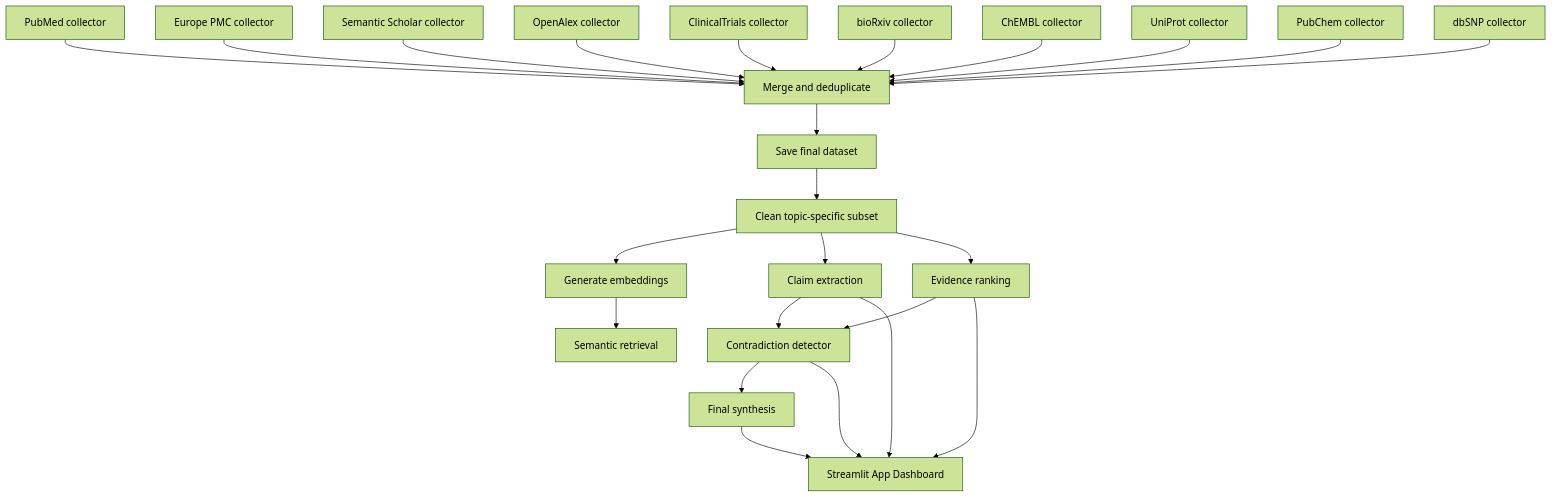
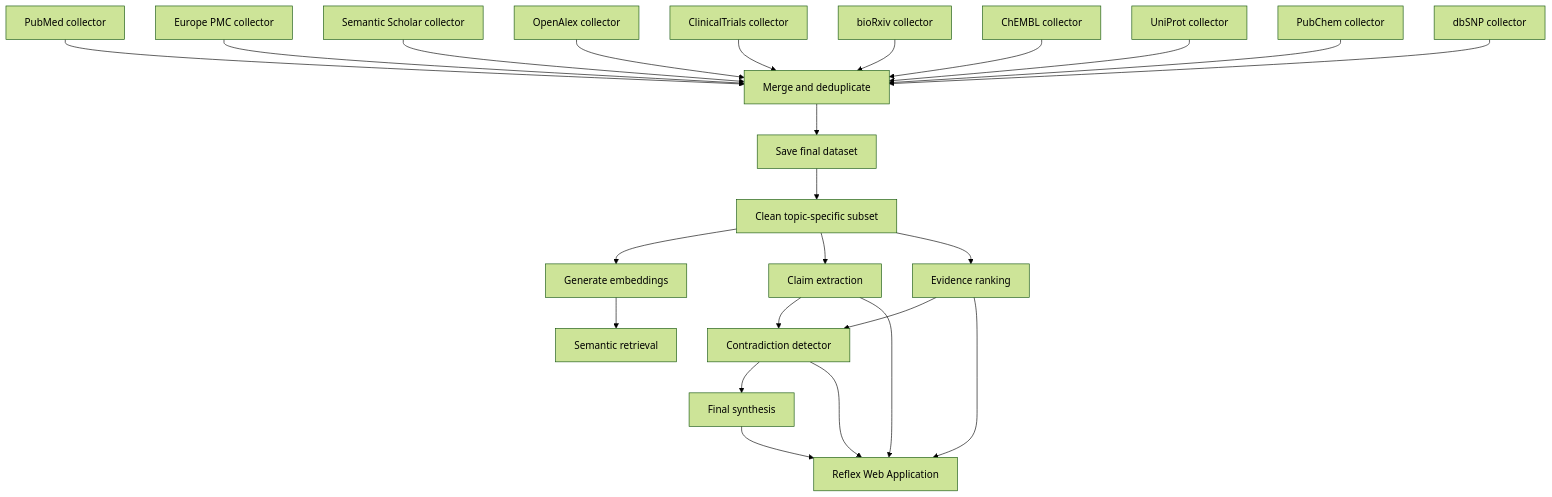
The diagram in README.md (Diva143V/Griffin), drawn with Mermaid (forest theme) before and after one commit. The commit also changed other lines of this file and 22 other files, not shown here.

Commit message:
feat: implement evidence ranking pipeline and add Reflex-based web interface for workspace and project management

````diff
--- a/README.md
+++ b/README.md
@@ -9,26 +9,26 @@
 ```mermaid
 flowchart TD
     A[PubMed collector] --> K[Merge and deduplicate]
     B[Europe PMC collector] --> K
     C[Semantic Scholar collector] --> K
     D[OpenAlex collector] --> K
     E[ClinicalTrials collector] --> K
     F[bioRxiv collector] --> K
     G[ChEMBL collector] --> K
     H[UniProt collector] --> K
     I[PubChem collector] --> K
     J[dbSNP collector] --> K
     K --> L[Save final dataset]
     L --> M[Clean topic-specific subset]
     M --> N[Generate embeddings]
     N --> O[Semantic retrieval]
     M --> P[Claim extraction]
     M --> Q[Evidence ranking]
     P --> R[Contradiction detector]
     Q --> R
     R --> S[Final synthesis]
-    S --> T[Streamlit App Dashboard]
-    R --> T
-    Q --> T
-    P --> T
+    S --> U[Reflex Web Application]
+    R --> U
+    Q --> U
+    P --> U
 ```
````
